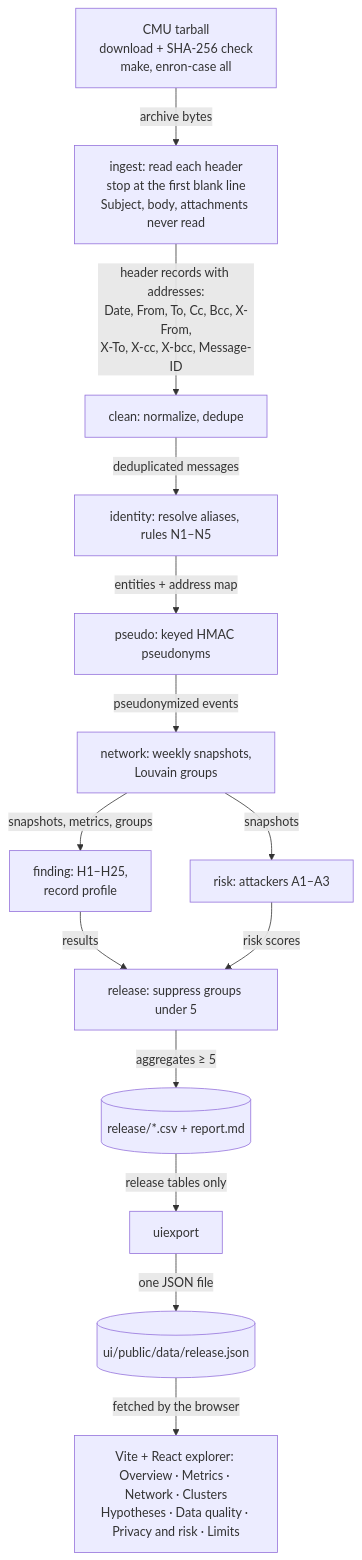
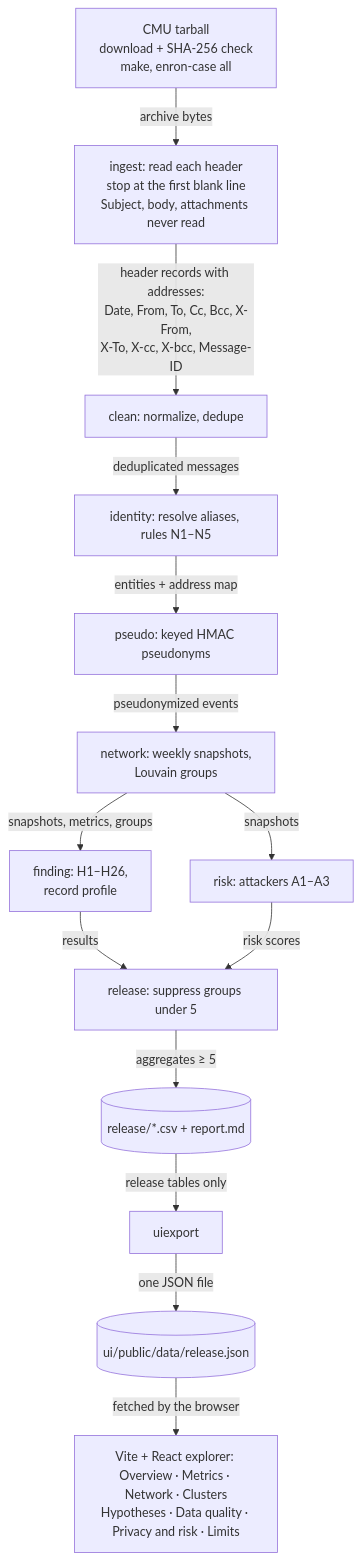
The second of 4 diagrams in README.md (marcusvieira88/network-science), drawn with Mermaid before and after one commit. The commit also changed 2 other files, not shown here.

Commit message:
Docs: count H26 in the hypothesis list and pipeline diagrams

````diff
--- a/README.md
+++ b/README.md
@@ -92,29 +92,29 @@
 ```mermaid
 flowchart TB
     D["CMU tarball<br/>download + SHA-256 check<br/>make, enron-case all"]
     H["ingest: read each header<br/>stop at the first blank line<br/>Subject, body, attachments never read"]
     C["clean: normalize, dedupe"]
     I["identity: resolve aliases, rules N1–N5"]
     P["pseudo: keyed HMAC pseudonyms"]
     N["network: weekly snapshots,<br/>Louvain groups"]
-    F["finding: H1–H25,<br/>record profile"]
+    F["finding: H1–H26,<br/>record profile"]
     R["risk: attackers A1–A3"]
     K["release: suppress groups under 5"]
     T[("release/*.csv + report.md")]
     U["uiexport"]
     J[("ui/public/data/release.json")]
     V["Vite + React explorer: Overview · Metrics · Network · Clusters<br/>Hypotheses · Data quality · Privacy and risk · Limits"]
     D -->|"archive bytes"| H
     H -->|"header records with addresses:<br/>Date, From, To, Cc, Bcc, X-From,<br/>X-To, X-cc, X-bcc, Message-ID"| C
     C -->|"deduplicated messages"| I
     I -->|"entities + address map"| P
     P -->|"pseudonymized events"| N
     N -->|"snapshots, metrics, groups"| F
     N -->|"snapshots"| R
     F -->|"results"| K
     R -->|"risk scores"| K
     K -->|"aggregates ≥ 5"| T
     T -->|"release tables only"| U
     U -->|"one JSON file"| J
     J -->|"fetched by the browser"| V
 ```
````
